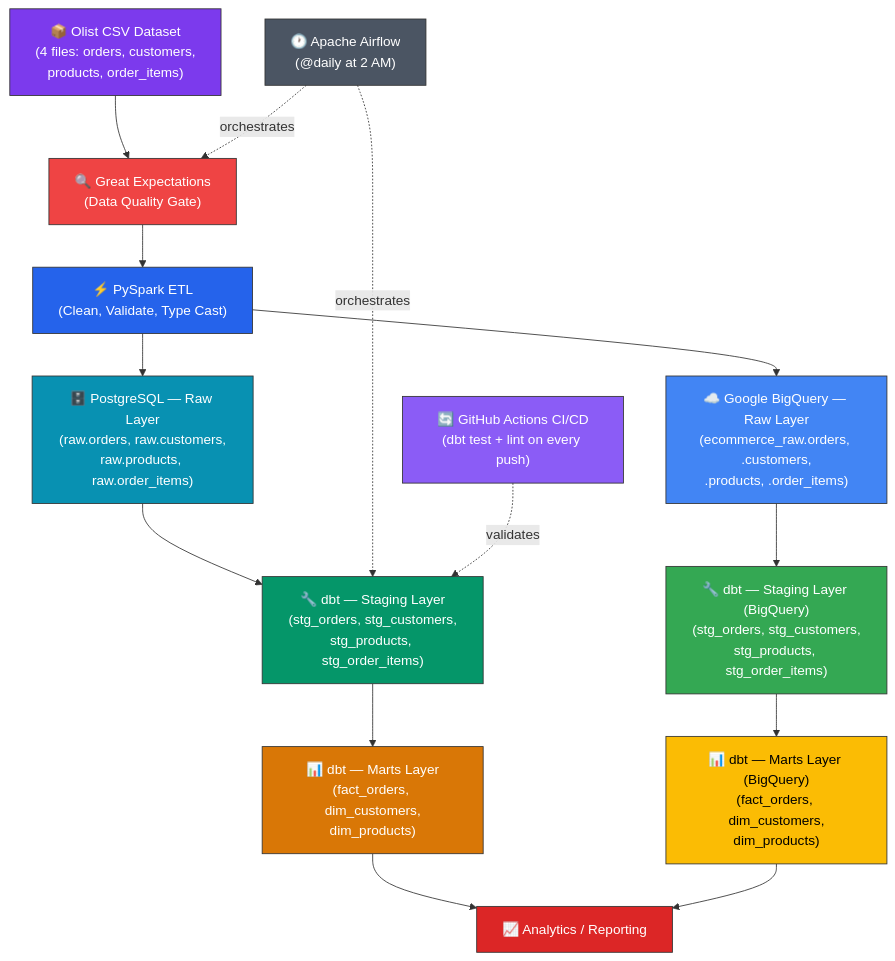
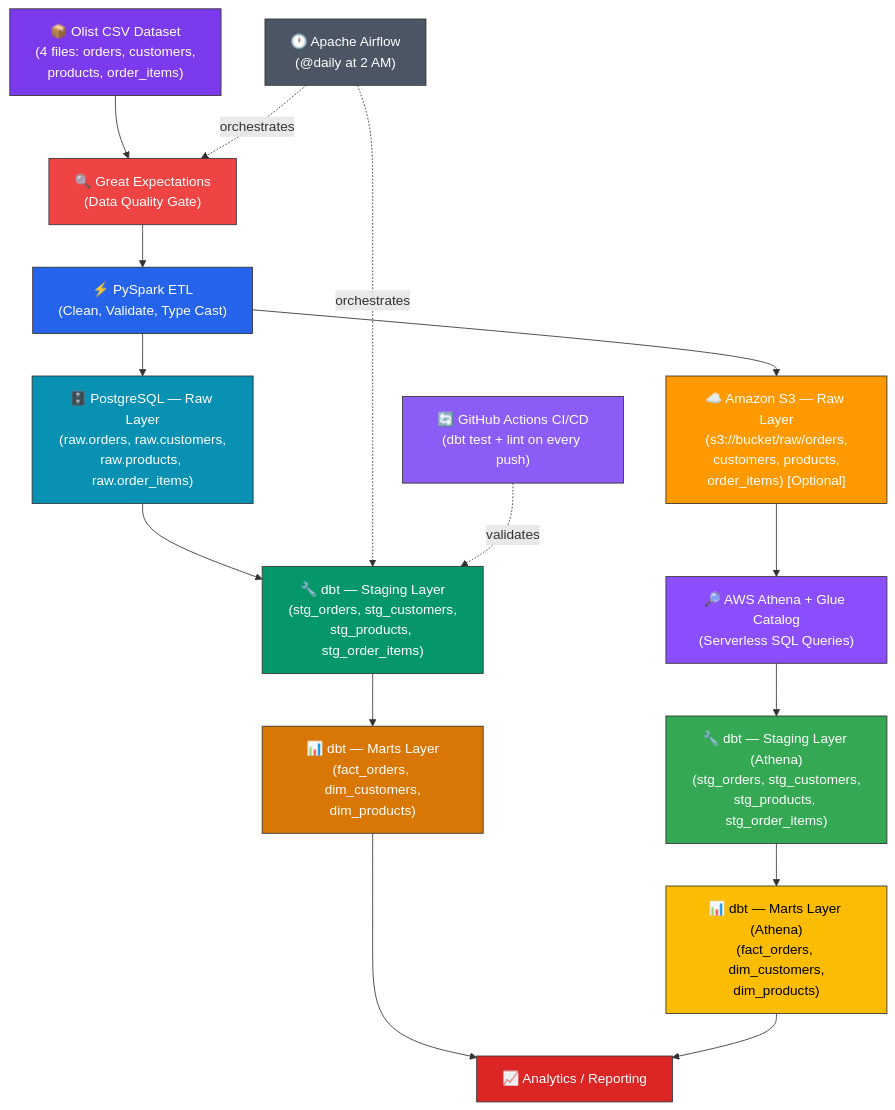
One commit to sameermungase/E-Commerce_Realtime_Data_Pipeline changed the first of 3 diagrams in README.md. Above: the diagram before and after it, drawn with Mermaid. The commit also changed other lines of this file and 40 other files, not shown here.

Commit message:
Added support to introduct AWS Athena and Glue in the project, also done improvement in architecture and verified everything working fine on local machine and Docker

````diff
--- a/README.md
+++ b/README.md
@@ -11,31 +11,33 @@
 ```mermaid
 flowchart TD
     V["🔍 Great Expectations\n(Data Quality Gate)"] --> B
     A["📦 Olist CSV Dataset\n(4 files: orders, customers,\nproducts, order_items)"] --> V
     B["⚡ PySpark ETL\n(Clean, Validate, Type Cast)"] --> C
-    B --> BQ["☁️ Google BigQuery — Raw Layer\n(ecommerce_raw.orders, .customers,\n.products, .order_items)"]
+    B --> S3["☁️ Amazon S3 — Raw Layer\n(s3://bucket/raw/orders,\ncustomers, products,\norder_items) [Optional]"]
     C["🗄️ PostgreSQL — Raw Layer\n(raw.orders, raw.customers,\nraw.products, raw.order_items)"] --> D
-    BQ --> DBQ["🔧 dbt — Staging Layer (BigQuery)\n(stg_orders, stg_customers,\nstg_products, stg_order_items)"]
+    S3 --> ATHENA["🔎 AWS Athena + Glue Catalog\n(Serverless SQL Queries)"]
+    ATHENA --> DDBT["🔧 dbt — Staging Layer (Athena)\n(stg_orders, stg_customers,\nstg_products, stg_order_items)"]
     D["🔧 dbt — Staging Layer\n(stg_orders, stg_customers,\nstg_products, stg_order_items)"] --> E
-    DBQ --> EBQ["📊 dbt — Marts Layer (BigQuery)\n(fact_orders, dim_customers,\ndim_products)"]
+    DDBT --> EMART["📊 dbt — Marts Layer (Athena)\n(fact_orders, dim_customers,\ndim_products)"]
     E["📊 dbt — Marts Layer\n(fact_orders, dim_customers,\ndim_products)"] --> F
-    EBQ --> F["📈 Analytics / Reporting"]
+    EMART --> F["📈 Analytics / Reporting"]
 
     G["🕐 Apache Airflow\n(@daily at 2 AM)"] -.-> |orchestrates| V
     G -.-> |orchestrates| D
 
     CI["🔄 GitHub Actions CI/CD\n(dbt test + lint on every push)"] -.-> |validates| D
 
     style A fill:#7c3aed,stroke:#333,color:#fff
     style V fill:#ef4444,stroke:#333,color:#fff
     style B fill:#2563eb,stroke:#333,color:#fff
     style C fill:#0891b2,stroke:#333,color:#fff
-    style BQ fill:#4285F4,stroke:#333,color:#fff
+    style S3 fill:#FF9900,stroke:#333,color:#fff
     style D fill:#059669,stroke:#333,color:#fff
-    style DBQ fill:#34A853,stroke:#333,color:#fff
+    style ATHENA fill:#8C4FFF,stroke:#333,color:#fff
+    style DDBT fill:#34A853,stroke:#333,color:#fff
     style E fill:#d97706,stroke:#333,color:#fff
-    style EBQ fill:#FBBC04,stroke:#333,color:#000
+    style EMART fill:#FBBC04,stroke:#333,color:#000
     style F fill:#dc2626,stroke:#333,color:#fff
     style G fill:#4b5563,stroke:#333,color:#fff
     style CI fill:#8b5cf6,stroke:#333,color:#fff
 ```
````
